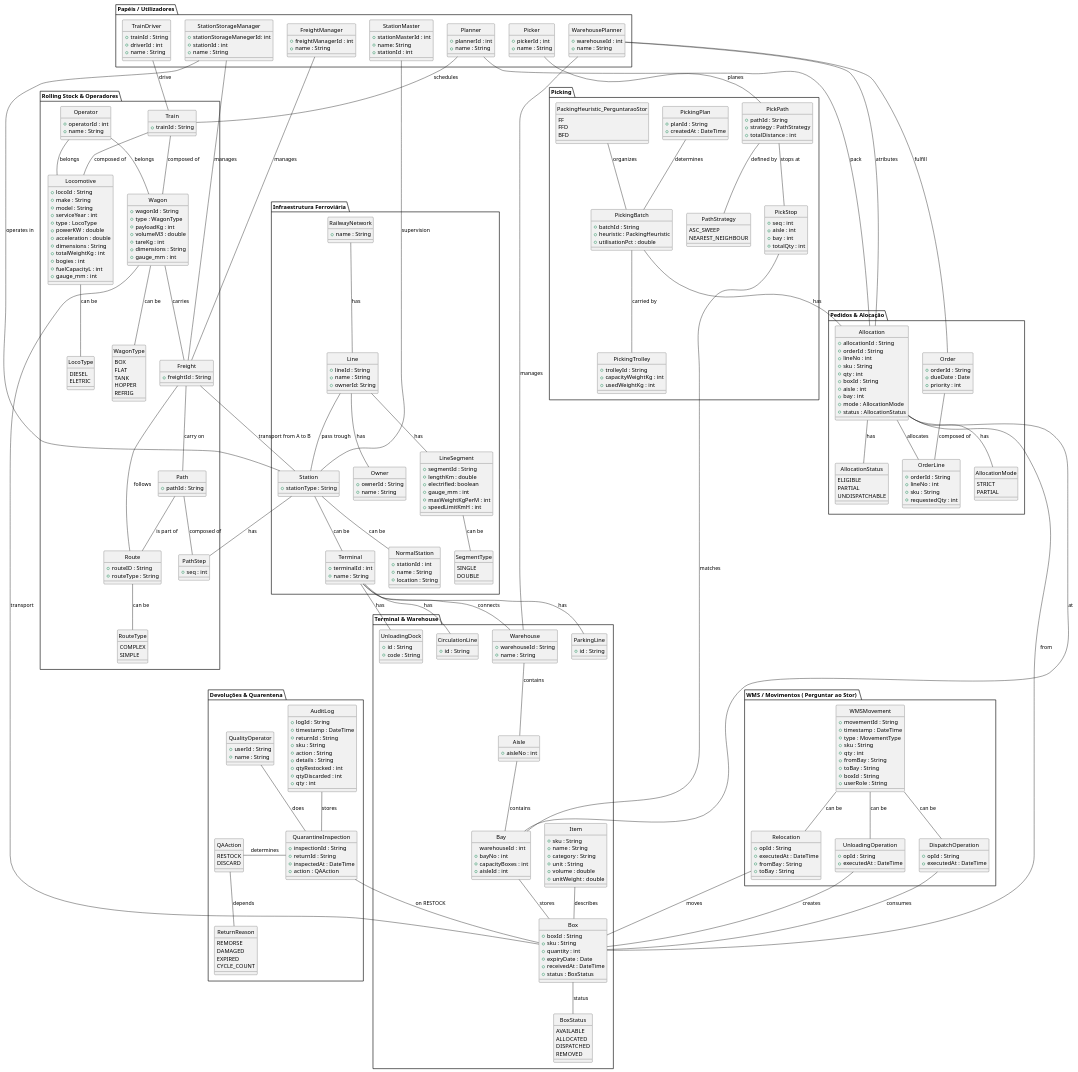
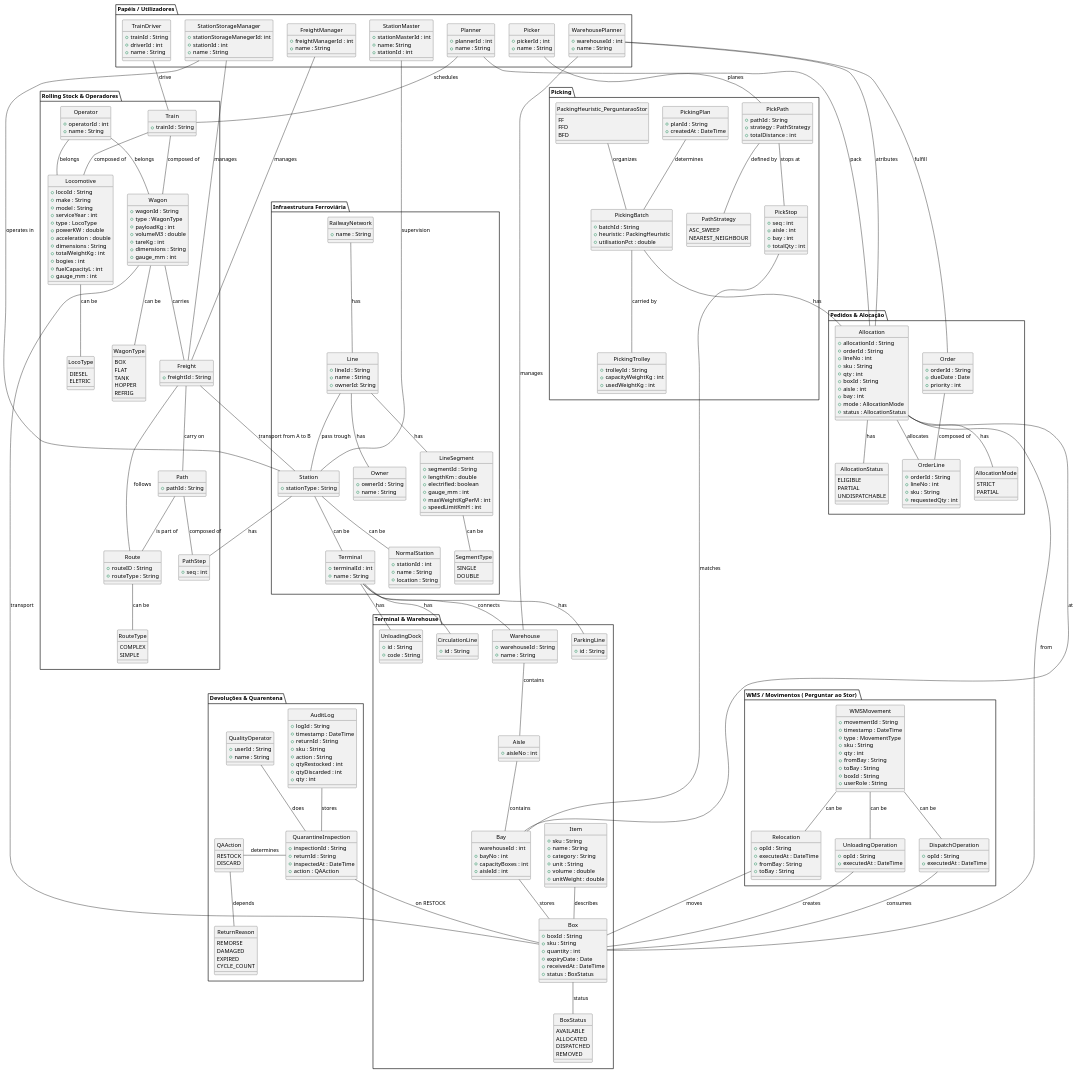
The diagram in src/main/doc/global-artifacts/Domain Model/DomainModel.puml (Andremonteiro1240850/RailwayNetwork), drawn with PlantUML before and after one commit. The commit also changed 23 other files, not shown here.

```diff
--- a/src/main/doc/global-artifacts/Domain Model/DomainModel.puml
+++ b/src/main/doc/global-artifacts/Domain Model/DomainModel.puml
@@ -388,7 +388,6 @@
     +returnId : String
     +sku : String
     +action : String
-    +details : String
     +qtyRestocked : int
     +qtyDiscarded : int
     +qty : int
```
